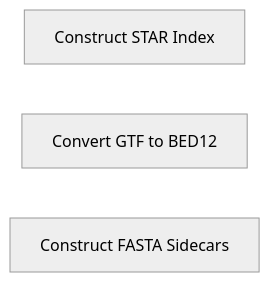
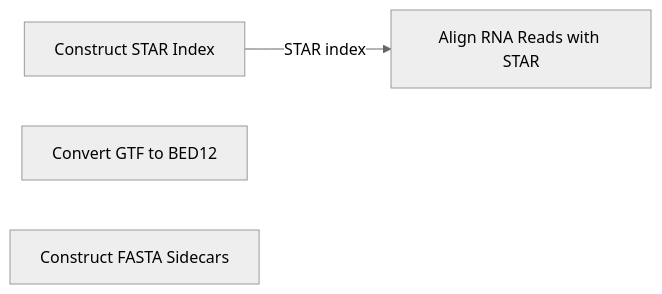
Before and after one commit to lab-cats/EMRYS: the diagram in src/norad/contracts/STAGE_MAP.md, drawn with Mermaid (neutral theme). The commit also changed other lines of this file, not shown here.

Commit message:
docs: map STAR alignment dependency

````diff
--- a/src/norad/contracts/STAGE_MAP.md
+++ b/src/norad/contracts/STAGE_MAP.md
@@ -89,6 +92,9 @@
 ```mermaid
 flowchart LR
     construct_STAR_index["Construct STAR Index"]
     convert_GTF_to_BED12["Convert GTF to BED12"]
     construct_FASTA_sidecars["Construct FASTA Sidecars"]
+    align_RNA_reads_with_STAR["Align RNA Reads with STAR"]
+
+    construct_STAR_index -->|STAR index| align_RNA_reads_with_STAR
 ```
````
